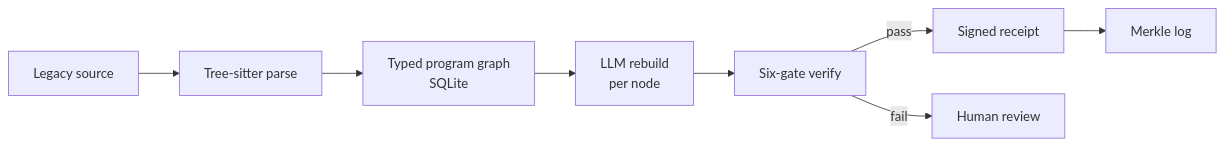
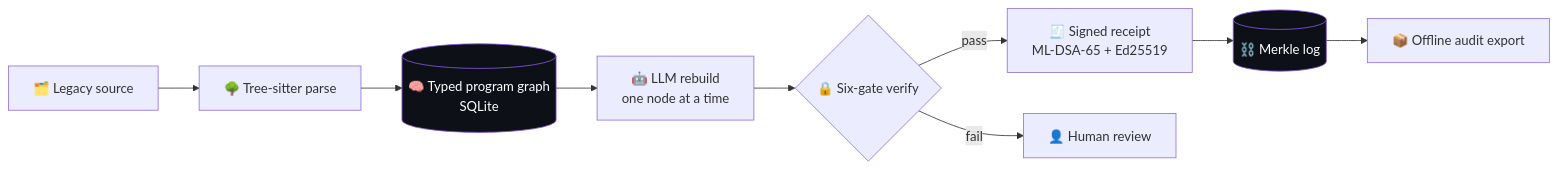
Before and after one commit to gowdaharshith1998-lang/OMNIX: the first of 8 diagrams in README.md, drawn with Mermaid. The commit also changed other lines of this file, not shown here.

First line of the commit message:
docs: rewrite README as an interactive, diagram-rich landing page

````diff
--- a/README.md
+++ b/README.md
@@ -17,10 +56,14 @@
 ```mermaid
 flowchart LR
-    A[Legacy source] --> B[Tree-sitter parse]
-    B --> C[Typed program graph<br/>SQLite]
-    C --> D[LLM rebuild<br/>per node]
-    D --> E[Six-gate verify]
-    E -->|pass| F[Signed receipt]
-    F --> G[Merkle log]
-    E -->|fail| H[Human review]
+    SRC["🗂️ Legacy source"] --> PARSE["🌳 Tree-sitter parse"]
+    PARSE --> GRAPH[("🧠 Typed program graph<br/>SQLite")]
+    GRAPH --> REBUILD["🤖 LLM rebuild<br/>one node at a time"]
+    REBUILD --> GATES{"🔒 Six-gate verify"}
+    GATES -- pass --> RECEIPT["🧾 Signed receipt<br/>ML-DSA-65 + Ed25519"]
+    GATES -- fail --> REVIEW["👤 Human review"]
+    RECEIPT --> LOG[("⛓️ Merkle log")]
+    LOG --> EXPORT["📦 Offline audit export"]
+
+    classDef store fill:#0d1117,stroke:#8957e5,color:#fff
+    class GRAPH,LOG store
 ```
````
